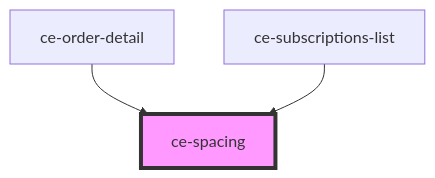
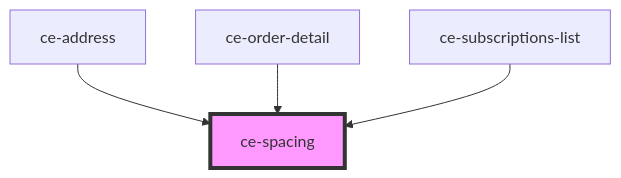
The diagram in packages/components/src/components/ui/spacing/readme.md (surecart/surecart-wp-plugin), drawn with Mermaid before and after one commit. The commit also changed other lines of this file and 6 other files, not shown here.

````diff
--- a/packages/components/src/components/ui/spacing/readme.md
+++ b/packages/components/src/components/ui/spacing/readme.md
@@ -16,6 +17,7 @@
 ```mermaid
 graph TD;
+  ce-address --> ce-spacing
   ce-order-detail --> ce-spacing
   ce-subscriptions-list --> ce-spacing
   style ce-spacing fill:#f9f,stroke:#333,stroke-width:4px
 ```
````
